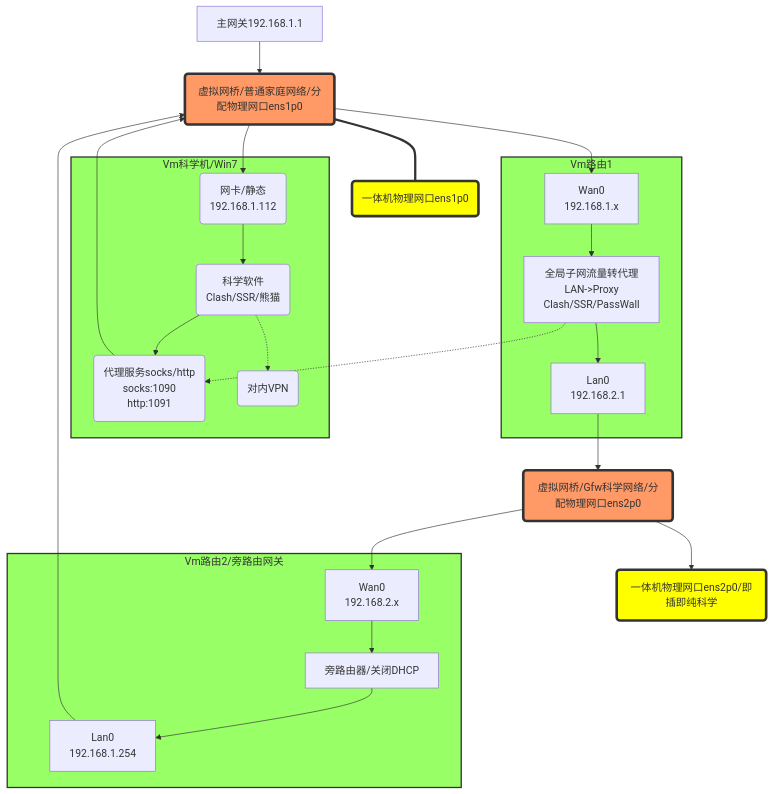
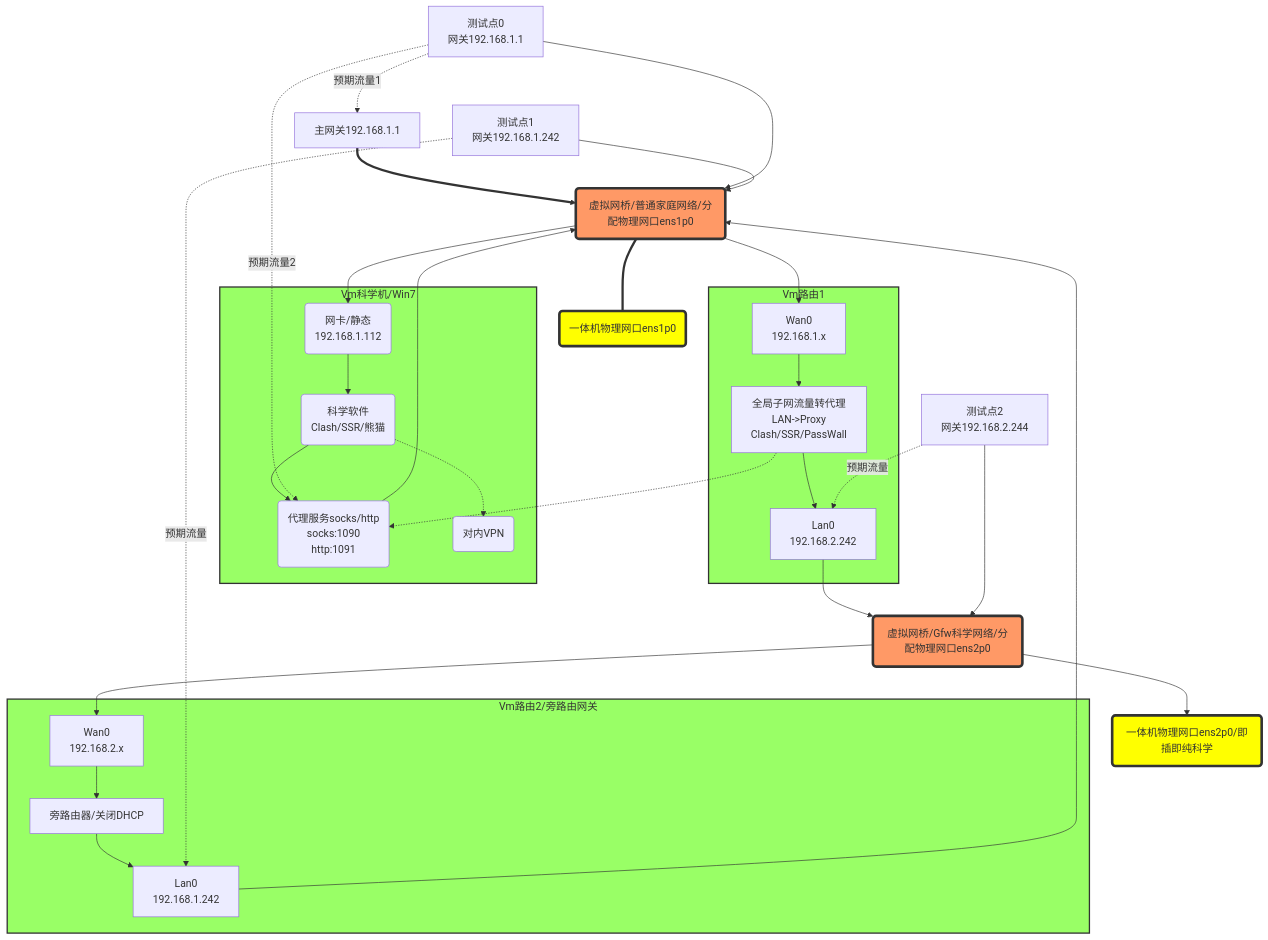
One commit to godvmxi/godvmxi.github.io changed the third of 4 diagrams in source/_posts/pve-gfw-home-usage.md. Above: the diagram before and after it, drawn with Mermaid. The commit also changed other lines of this file and 7 other files, not shown here.

```diff
--- a/source/_posts/pve-gfw-home-usage.md
+++ b/source/_posts/pve-gfw-home-usage.md
@@ -177,7 +177,9 @@
 
     DialLan0[主网关192.168.1.1]
 
-    DialLan0 --> BrHome
+    DialLan0 ==> BrHome
+
+
 
 
     subgraph SubVmWin0[Vm科学机/Win7]
@@ -195,14 +197,14 @@
     subgraph SubVmOp1[Vm路由1]
         SubVmOp1OpWan[Wan0<br>192.168.1.x] --> SubVmOp1Op
         SubVmOp1Op[全局子网流量转代理<br>LAN->Proxy<br>Clash/SSR/PassWall]
-        SubVmOp1Op --> SubVmOp1OpLan[Lan0<br>192.168.2.1]
+        SubVmOp1Op --> SubVmOp1OpLan[Lan0<br>192.168.2.242]
     end
 
 
     subgraph SubVmOp2[Vm路由2/旁路由网关]
         SubVmOp2OpWan[Wan0<br>192.168.2.x] --> SubVmOp2Op
         SubVmOp2Op[旁路由器/关闭DHCP]
-        SubVmOp2Op --> SubVmOp2OpLan[Lan0<br>192.168.1.254]
+        SubVmOp2Op --> SubVmOp2OpLan[Lan0<br>192.168.1.242]
     end
 
 
@@ -231,6 +233,16 @@
     BrGfw --> BrGfwPhy
 
     SubVmOp2OpLan --> BrHome
+
+
+    TestPoint0[测试点0<br>网关192.168.1.1] --> BrHome
+    TestPoint1[测试点1<br>网关192.168.1.242] --> BrHome
+    TestPoint2[测试点2<br>网关192.168.2.244] --> BrGfw
+
+    TestPoint0 -.->|预期流量1| DialLan0
+    TestPoint0 -.->|预期流量2| GfwProxy
+    TestPoint1 -.->|预期流量| SubVmOp2OpLan
+    TestPoint2 -.->|预期流量| SubVmOp1OpLan
     
 
     classDef CssGreen fill:#9f6,stroke:#333,stroke-width:2px;
```
